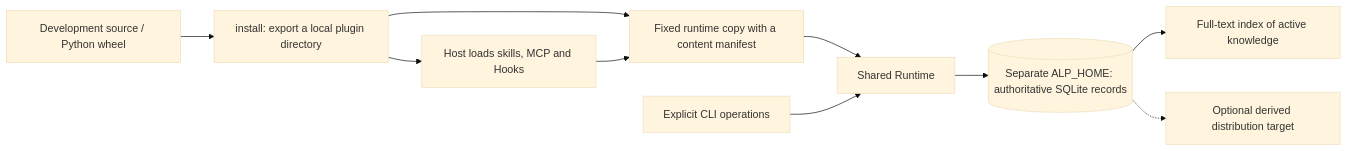
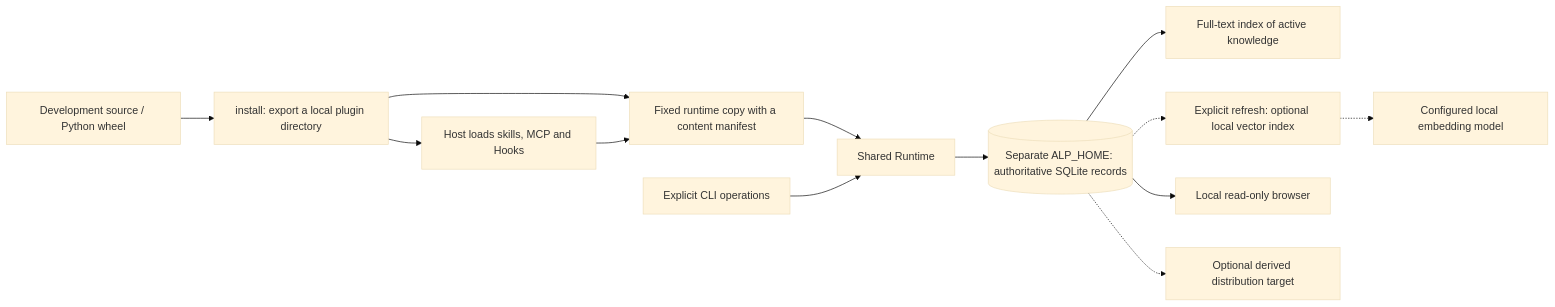
The second of 2 diagrams in README.en.md (swenbo1-web/agents-learning), drawn with Mermaid (base theme) before and after one commit. The commit also changed other lines of this file and 24 other files, not shown here.

````diff
--- a/README.en.md
+++ b/README.en.md
@@ -89,12 +114,15 @@
 ```mermaid
 flowchart LR
     Source["Development source / Python wheel"] --> Export["install: export a local plugin directory"]
     Export --> Host["Host loads skills, MCP and Hooks"]
     Export --> Fixed["Fixed runtime copy with a content manifest"]
     Host --> Fixed
     Fixed --> Runtime["Shared Runtime"]
     CLI["Explicit CLI operations"] --> Runtime
     Runtime --> DB[("Separate ALP_HOME: authoritative SQLite records")]
     DB --> FTS["Full-text index of active knowledge"]
+    DB -.-> Vectors["Explicit refresh: optional local vector index"]
+    Vectors -.-> Embedding["Configured local embedding model"]
+    DB --> Browser["Local read-only browser"]
     DB -.-> Remote["Optional derived distribution target"]
 ```
````
